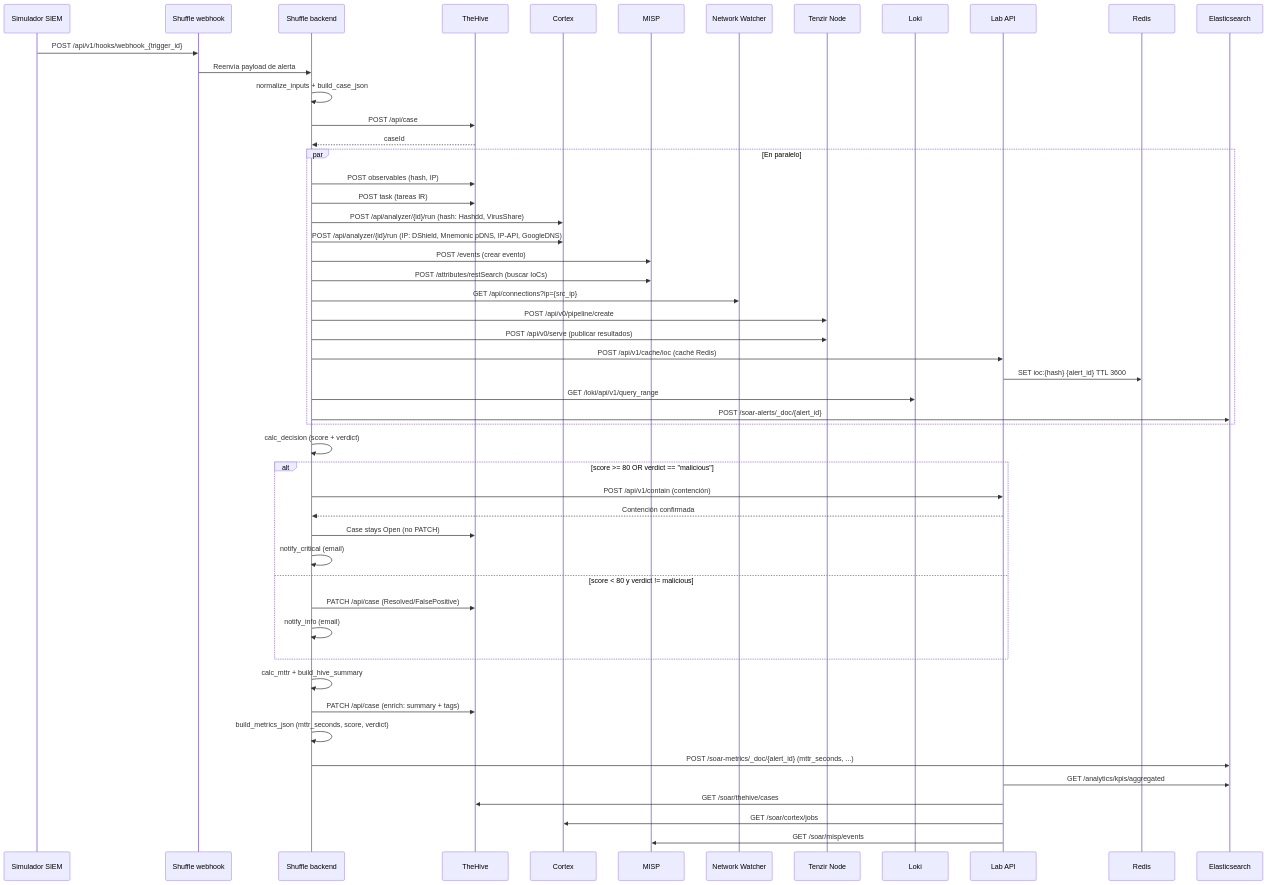
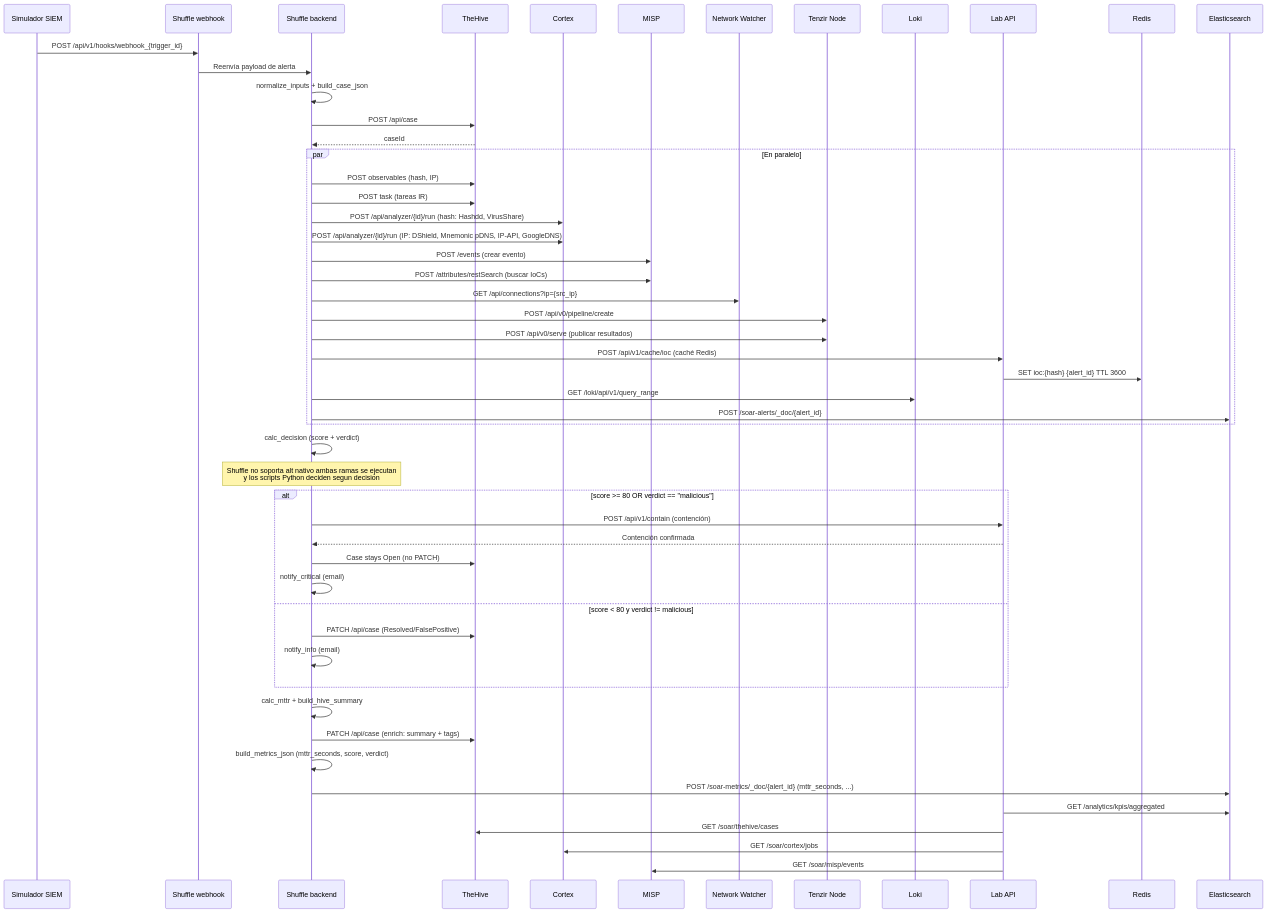
The fifth of 12 diagrams in docs/thesis/appendix_f.md (alesanfe/soar-ransomware-lab), drawn with Mermaid before and after one commit. The commit also changed other lines of this file, not shown here.

````diff
--- a/docs/thesis/appendix_f.md
+++ b/docs/thesis/appendix_f.md
@@ -244,54 +248,55 @@
 ```mermaid
 sequenceDiagram
  participant Sim as Simulador SIEM
  participant Shuffle as Shuffle webhook
  participant Backend as Shuffle backend
  participant TheHive as TheHive
  participant Cortex as Cortex
  participant MISP as MISP
  participant NW as Network Watcher
  participant Tenzir as Tenzir Node
  participant Loki as Loki
  participant API as Lab API
  participant Redis as Redis
  participant ES as Elasticsearch
 
  Sim->>Shuffle: POST /api/v1/hooks/webhook_{trigger_id}
  Shuffle->>Backend: Reenvía payload de alerta
  Backend->>Backend: normalize_inputs + build_case_json
  Backend->>TheHive: POST /api/case
  TheHive-->>Backend: caseId
  par En paralelo
    Backend->>TheHive: POST observables (hash, IP)
    Backend->>TheHive: POST task (tareas IR)
    Backend->>Cortex: POST /api/analyzer/{id}/run (hash: Hashdd, VirusShare)
    Backend->>Cortex: POST /api/analyzer/{id}/run (IP: DShield, Mnemonic pDNS, IP-API, GoogleDNS)
    Backend->>MISP: POST /events (crear evento)
    Backend->>MISP: POST /attributes/restSearch (buscar IoCs)
    Backend->>NW: GET /api/connections?ip={src_ip}
    Backend->>Tenzir: POST /api/v0/pipeline/create
    Backend->>Tenzir: POST /api/v0/serve (publicar resultados)
    Backend->>API: POST /api/v1/cache/ioc (caché Redis)
    API->>Redis: SET ioc:{hash} {alert_id} TTL 3600
    Backend->>Loki: GET /loki/api/v1/query_range
    Backend->>ES: POST /soar-alerts/_doc/{alert_id}
  end
  Backend->>Backend: calc_decision (score + verdict)
+ Note over Backend: Shuffle no soporta alt nativo ambas ramas se ejecutan<br/>y los scripts Python deciden segun decision
  alt score >= 80 OR verdict == "malicious"
    Backend->>API: POST /api/v1/contain (contención)
    API-->>Backend: Contención confirmada
    Backend->>TheHive: Case stays Open (no PATCH)
    Backend->>Backend: notify_critical (email)
  else score < 80 y verdict != malicious
    Backend->>TheHive: PATCH /api/case (Resolved/FalsePositive)
    Backend->>Backend: notify_info (email)
  end
  Backend->>Backend: calc_mttr + build_hive_summary
  Backend->>TheHive: PATCH /api/case (enrich: summary + tags)
  Backend->>Backend: build_metrics_json (mttr_seconds, score, verdict)
  Backend->>ES: POST /soar-metrics/_doc/{alert_id} (mttr_seconds, ...)
  API->>ES: GET /analytics/kpis/aggregated
  API->>TheHive: GET /soar/thehive/cases
  API->>Cortex: GET /soar/cortex/jobs
  API->>MISP: GET /soar/misp/events
 ```
````
